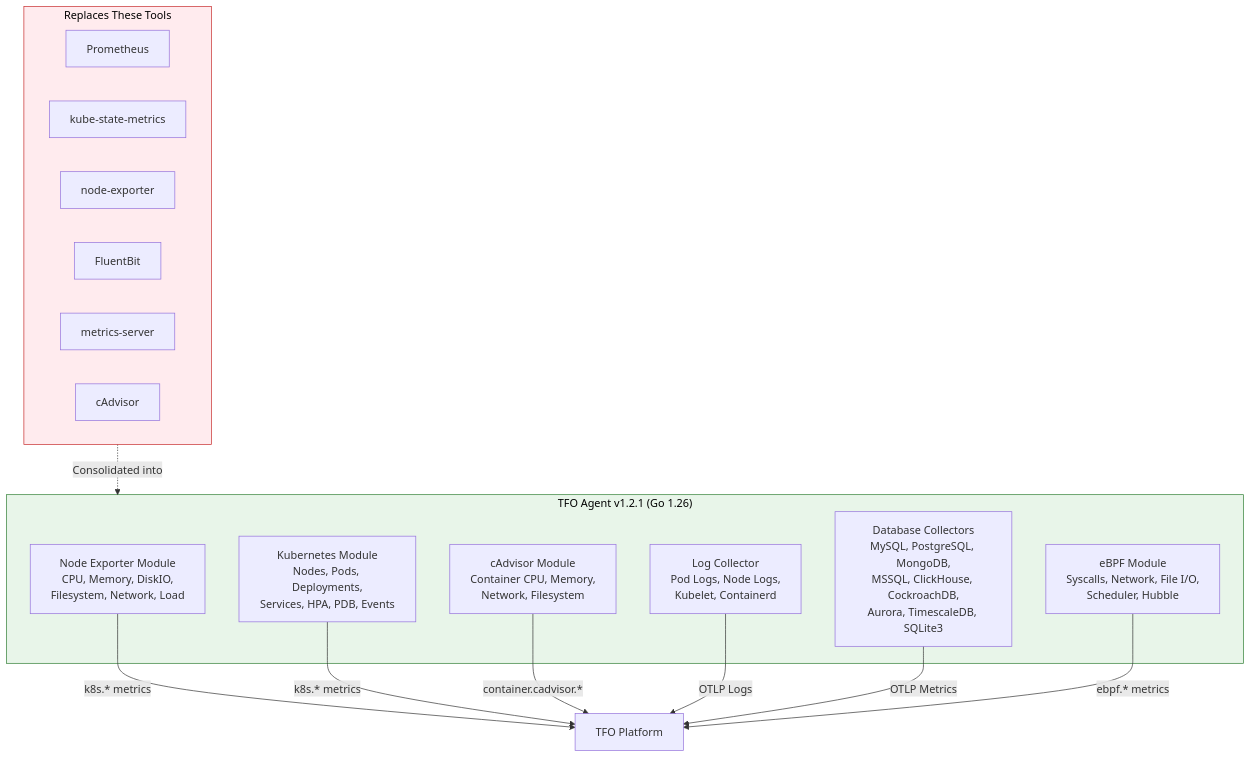
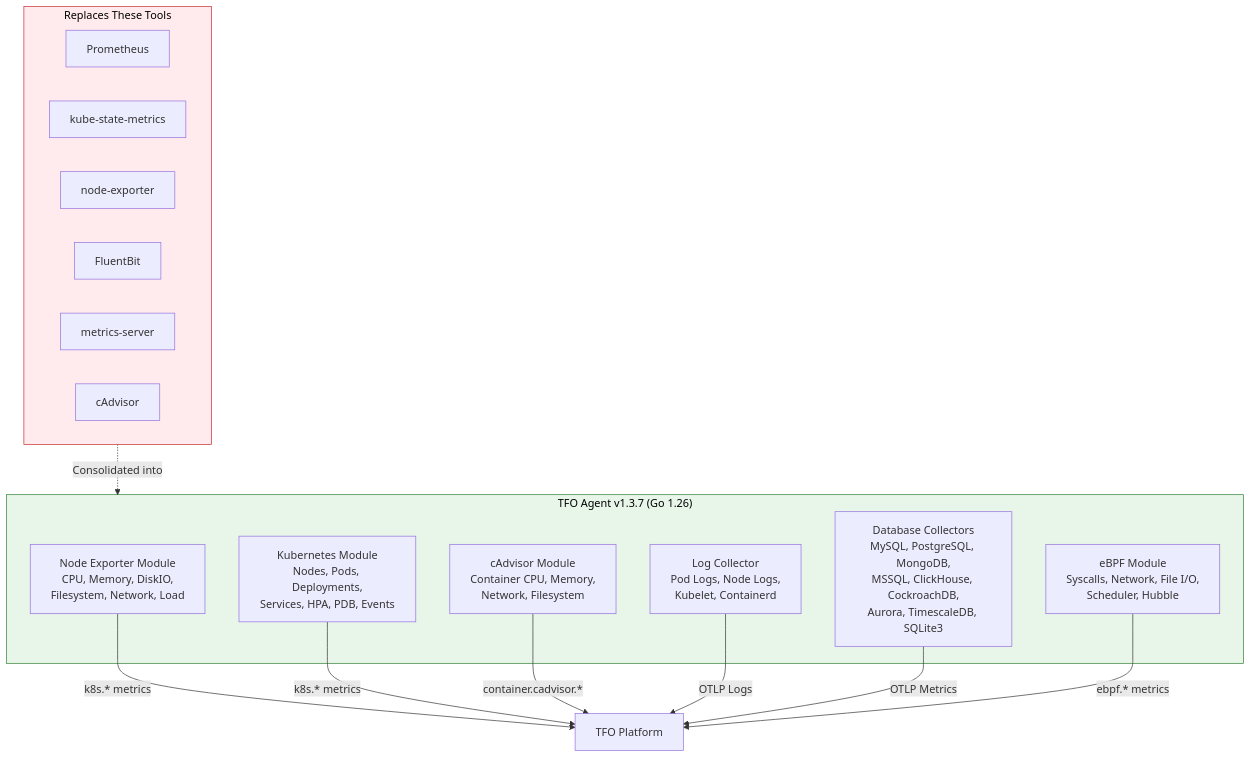
One commit to telemetryflow/.github changed the seventh of 18 diagrams in README.md. Above: the diagram before and after it, drawn with Mermaid. The commit also changed other lines of this file and 1 other file, not shown here.

````diff
--- a/README.md
+++ b/README.md
@@ -623,31 +623,31 @@
 ```mermaid
 graph TB
     subgraph Replaced["Replaces These Tools"]
         PROM["Prometheus"]
         KSM["kube-state-metrics"]
         NE["node-exporter"]
         FB["FluentBit"]
         MS["metrics-server"]
         CAD["cAdvisor"]
     end
 
-    subgraph Agent["TFO Agent v1.2.1 (Go 1.26)"]
+    subgraph Agent["TFO Agent v1.3.7 (Go 1.26)"]
         NE_MOD["Node Exporter Module<br/>CPU, Memory, DiskIO,<br/>Filesystem, Network, Load"]
         K8S_MOD["Kubernetes Module<br/>Nodes, Pods, Deployments,<br/>Services, HPA, PDB, Events"]
         CAD_MOD["cAdvisor Module<br/>Container CPU, Memory,<br/>Network, Filesystem"]
         LOG_MOD["Log Collector<br/>Pod Logs, Node Logs,<br/>Kubelet, Containerd"]
         DB_MOD["Database Collectors<br/>MySQL, PostgreSQL, MongoDB,<br/>MSSQL, ClickHouse, CockroachDB,<br/>Aurora, TimescaleDB, SQLite3"]
         EBPF_MOD["eBPF Module<br/>Syscalls, Network, File I/O,<br/>Scheduler, Hubble"]
     end
 
     Replaced -.->|"Consolidated into"| Agent
     NE_MOD -->|"k8s.* metrics"| PLATFORM["TFO Platform"]
     K8S_MOD -->|"k8s.* metrics"| PLATFORM
     CAD_MOD -->|"container.cadvisor.*"| PLATFORM
     LOG_MOD -->|"OTLP Logs"| PLATFORM
     DB_MOD -->|"OTLP Metrics"| PLATFORM
     EBPF_MOD -->|"ebpf.* metrics"| PLATFORM
 
     style Replaced fill:#ffebee,stroke:#c62828,color:#000
     style Agent fill:#e8f5e9,stroke:#2e7d32,color:#000
 ```
````
